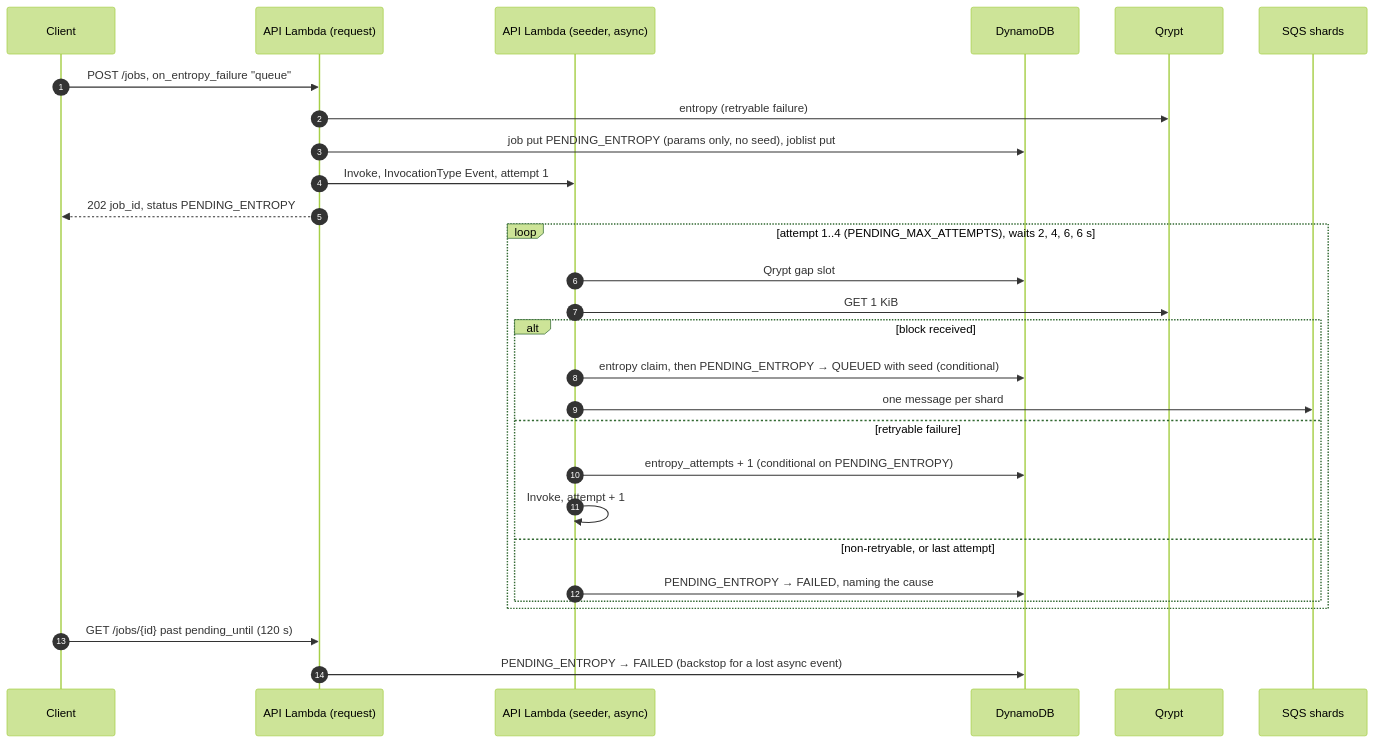
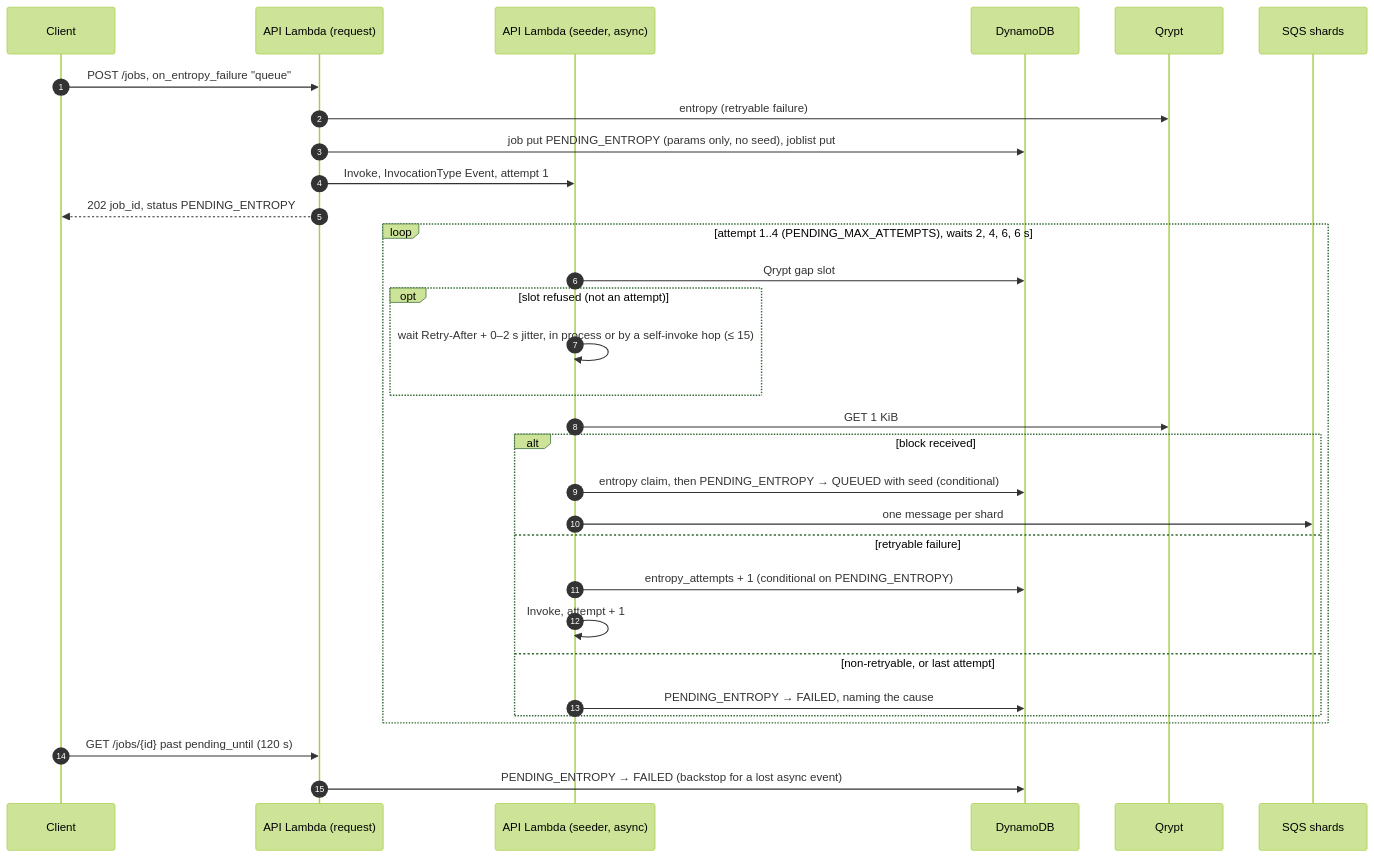
One commit to jrmcgirr/quantum-seeded-monte-carlo changed the third of 4 diagrams in docs/ARCHITECTURE.md. Above: the diagram before and after it, drawn with Mermaid (forest theme). The commit also changed other lines of this file and 3 other files, not shown here.

````diff
--- a/docs/ARCHITECTURE.md
+++ b/docs/ARCHITECTURE.md
@@ -120,30 +120,33 @@
 ```mermaid
 sequenceDiagram
     autonumber
     participant C as Client
     participant A as API Lambda (request)
     participant S as API Lambda (seeder, async)
     participant D as DynamoDB
     participant Q as Qrypt
     participant M as SQS shards
     C->>A: POST /jobs, on_entropy_failure "queue"
     A->>Q: entropy (retryable failure)
     A->>D: job put PENDING_ENTROPY (params only, no seed), joblist put
     A->>S: Invoke, InvocationType Event, attempt 1
     A-->>C: 202 job_id, status PENDING_ENTROPY
     loop attempt 1..4 (PENDING_MAX_ATTEMPTS), waits 2, 4, 6, 6 s
         S->>D: Qrypt gap slot
+        opt slot refused (not an attempt)
+            S->>S: wait Retry-After + 0–2 s jitter, in process or by a self-invoke hop (≤ 15)
+        end
         S->>Q: GET 1 KiB
         alt block received
             S->>D: entropy claim, then PENDING_ENTROPY → QUEUED with seed (conditional)
             S->>M: one message per shard
         else retryable failure
             S->>D: entropy_attempts + 1 (conditional on PENDING_ENTROPY)
             S->>S: Invoke, attempt + 1
         else non-retryable, or last attempt
             S->>D: PENDING_ENTROPY → FAILED, naming the cause
         end
     end
     C->>A: GET /jobs/{id} past pending_until (120 s)
     A->>D: PENDING_ENTROPY → FAILED (backstop for a lost async event)
 ```
````
